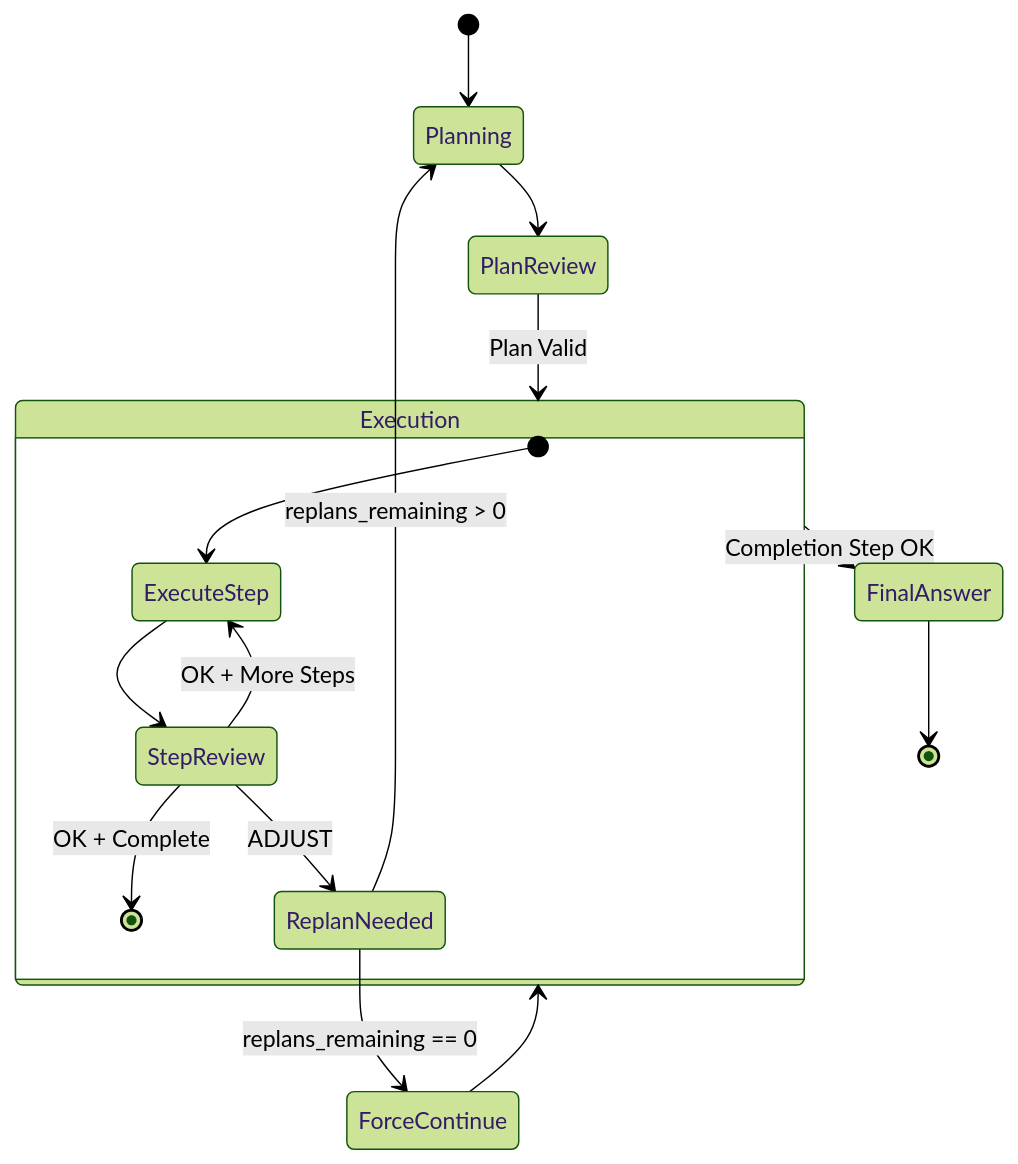
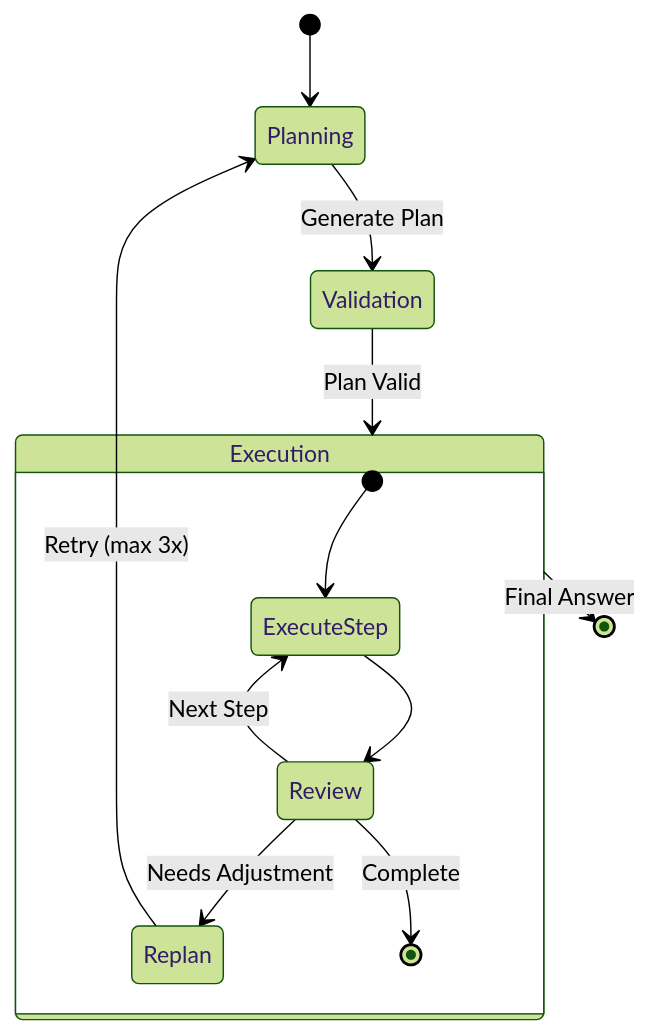
The third of 5 diagrams in docs/architecture-diagram.md (MagTer/ai-agent-platform), drawn with Mermaid (forest theme) before and after one commit. The commit also changed other lines of this file and 31 other files, not shown here.

````diff
--- a/docs/architecture-diagram.md
+++ b/docs/architecture-diagram.md
@@ -332,23 +95,18 @@
 ```mermaid
 stateDiagram-v2
     [*] --> Planning
 
-    Planning --> PlanReview
-    PlanReview --> Execution: Plan Valid
+    Planning --> Validation: Generate Plan
+    Validation --> Execution: Plan Valid
 
     state Execution {
         [*] --> ExecuteStep
-        ExecuteStep --> StepReview
-        StepReview --> ExecuteStep: OK + More Steps
-        StepReview --> [*]: OK + Complete
-        StepReview --> ReplanNeeded: ADJUST
+        ExecuteStep --> Review
+        Review --> ExecuteStep: Next Step
+        Review --> Replan: Needs Adjustment
+        Review --> [*]: Complete
     }
 
-    ReplanNeeded --> Planning: replans_remaining > 0
-    ReplanNeeded --> ForceContinue: replans_remaining == 0
-
-    ForceContinue --> Execution
-
-    Execution --> FinalAnswer: Completion Step OK
-    FinalAnswer --> [*]
+    Replan --> Planning: Retry (max 3x)
+    Execution --> [*]: Final Answer
 ```
````
